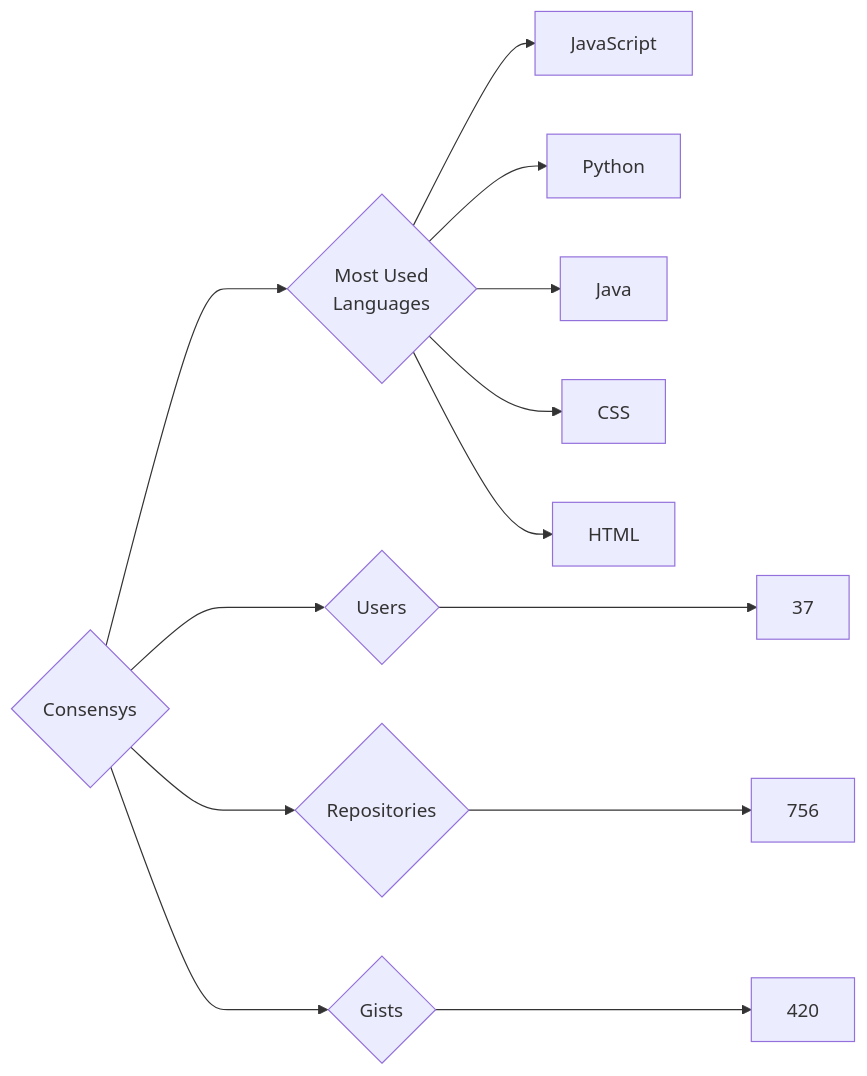
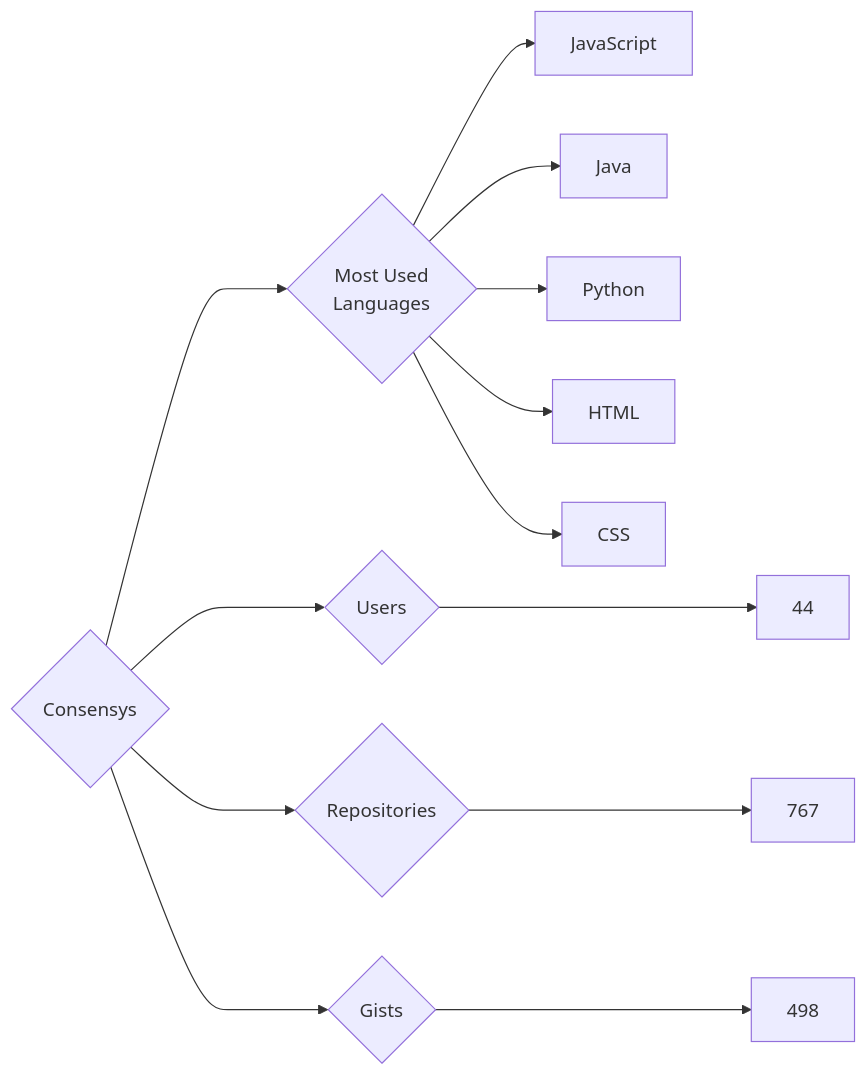
One commit to trickest/insiders changed the diagram in targets/Consensys/README.md. Above: the diagram before and after it, drawn with Mermaid. The commit also changed 640 other files, not shown here.

````diff
--- a/targets/Consensys/README.md
+++ b/targets/Consensys/README.md
@@ -3,13 +3,13 @@
 ```mermaid
 graph LR
 COMPANY_NAME{Consensys}
-COMPANY_NAME ---> U{Users} ---> UN[37]
-COMPANY_NAME ---> R{Repositories} ---> RN[756]
-COMPANY_NAME ---> G{Gists} ---> GN[420]
+COMPANY_NAME ---> U{Users} ---> UN[44]
+COMPANY_NAME ---> R{Repositories} ---> RN[767]
+COMPANY_NAME ---> G{Gists} ---> GN[498]
 COMPANY_NAME ---> ML{Most Used<br>Languages}
 ML --> JavaScript[JavaScript]
+ML --> Java[Java]
 ML --> Python[Python]
-ML --> Java[Java]
+ML --> HTML[HTML]
 ML --> CSS[CSS]
-ML --> HTML[HTML]
 ```
````
